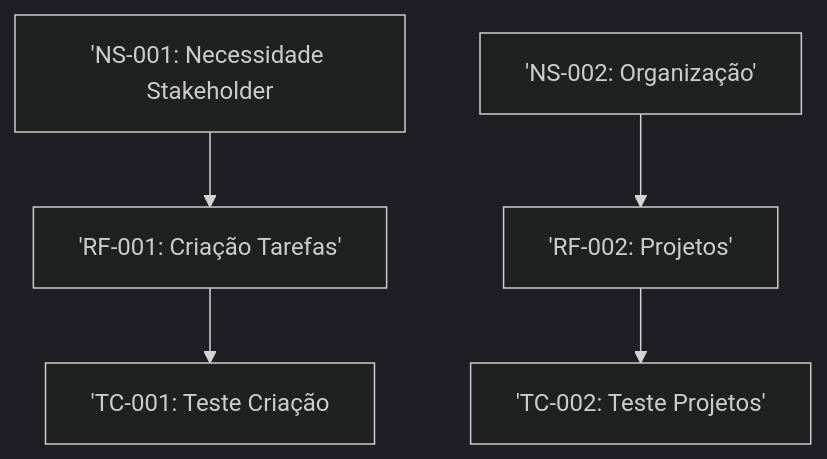
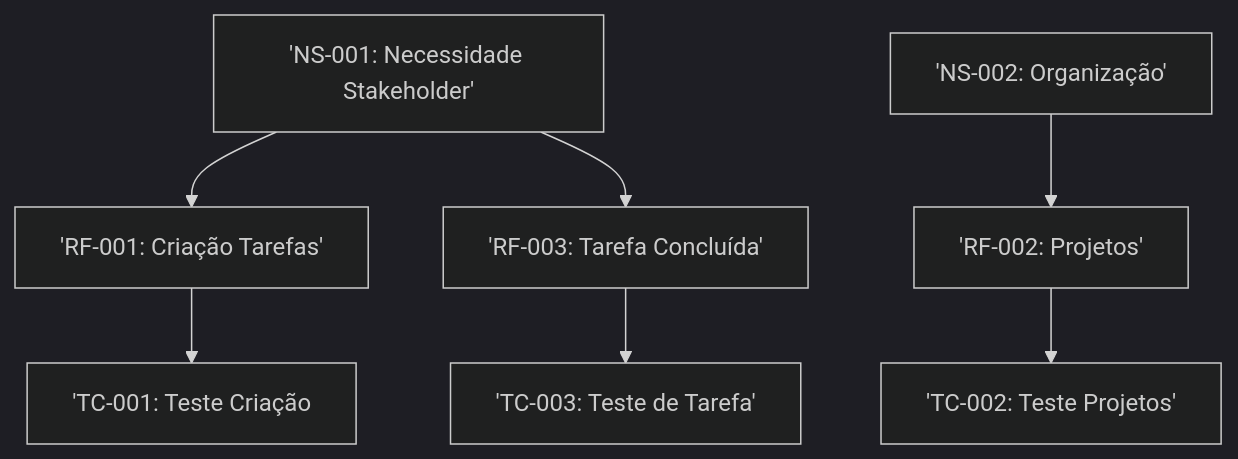
The diagram in README.md (Lunarosa5/LER-Atividades), drawn with Mermaid (dark theme) before and after one commit. The commit also changed other lines of this file, not shown here.

````diff
--- a/README.md
+++ b/README.md
@@ -103,11 +118,14 @@
 ```mermaid
 
 graph TD
 
     NS001['NS-001: Necessidade Stakeholder] --> RF001['RF-001: Criação Tarefas']
     RF001 --> TC001['TC-001: Teste Criação]
 
     NS002['NS-002: Organização'] --> RF002['RF-002: Projetos']
     RF002 --> TC002['TC-002: Teste Projetos']
 
+    NS001['NS-001: Necessidade Stakeholder'] --> RF003['RF-003: Tarefa Concluída']
+    RF003 --> TC003['TC-003: Teste de Tarefa']
+
 ```
````
